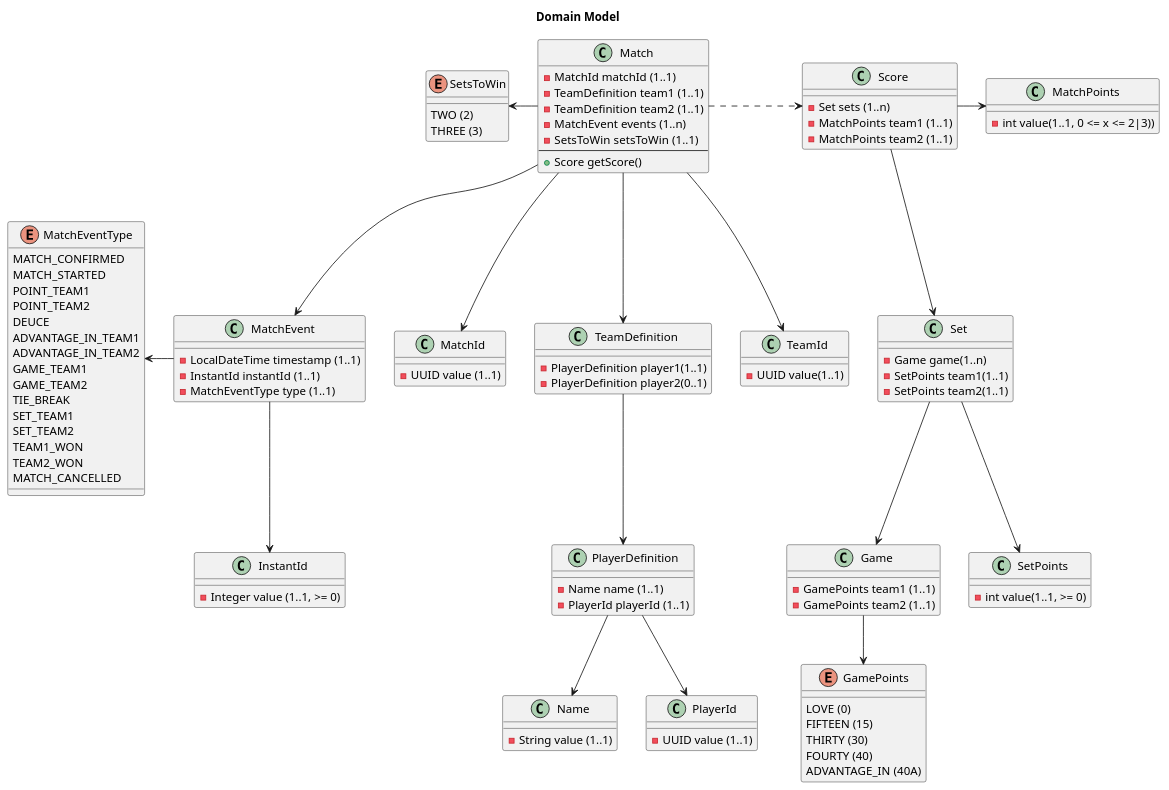
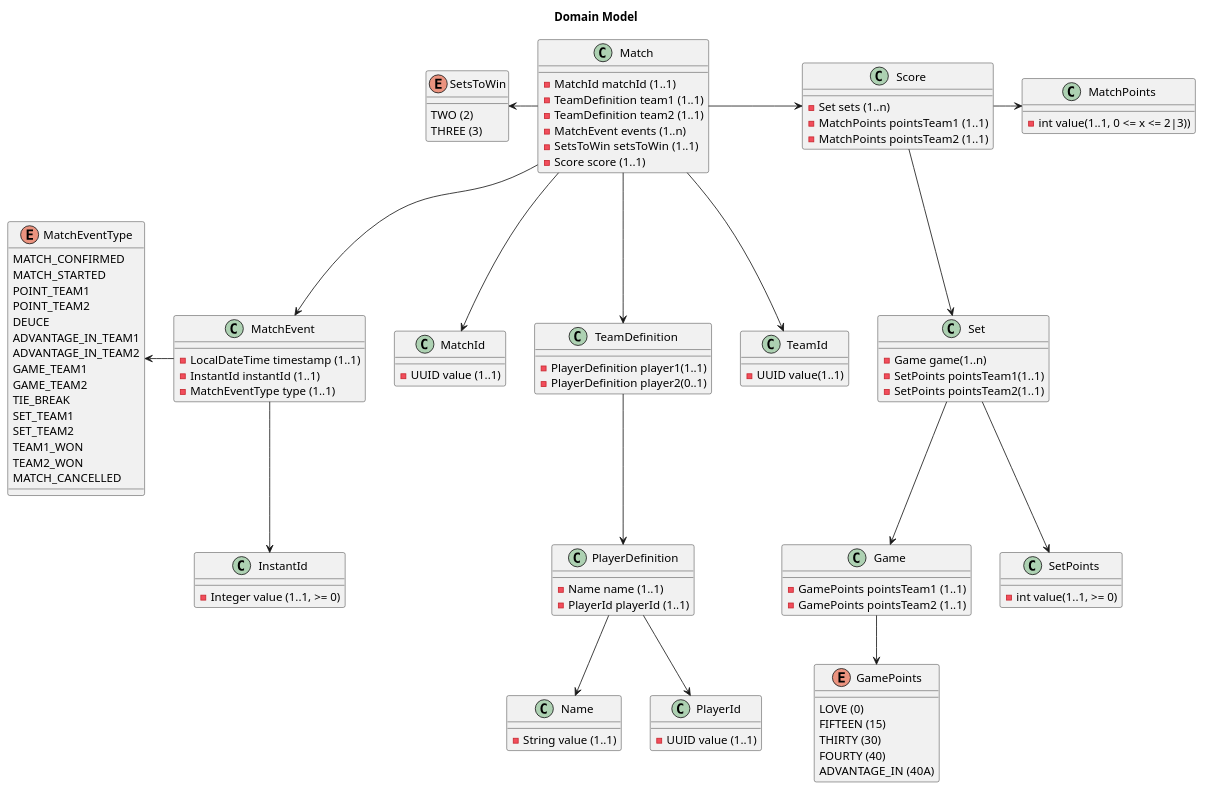
Before and after one commit to TristanoSuriani/Tennis-Kata: the diagram in docs/model.puml, drawn with PlantUML. The commit also changed 11 other files, not shown here.

```diff
--- a/docs/model.puml
+++ b/docs/model.puml
@@ -1,125 +1,124 @@
 @startuml
 
 title Domain Model
 
 class Match {
   -MatchId matchId (1..1)
   -TeamDefinition team1 (1..1)
   -TeamDefinition team2 (1..1)
   -MatchEvent events (1..n)
   -SetsToWin setsToWin (1..1)
-  --
-  +Score getScore()
+  -Score score (1..1)
 }
 
 class MatchId {
     -UUID value (1..1)
 }
 
 enum SetsToWin {
     TWO (2)
     THREE (3)
 }
 
 class MatchEvent {
     -LocalDateTime timestamp (1..1)
     -InstantId instantId (1..1)
     -MatchEventType type (1..1)
 }
 
 enum MatchEventType {
     MATCH_CONFIRMED
     MATCH_STARTED
     POINT_TEAM1
     POINT_TEAM2
     DEUCE
     ADVANTAGE_IN_TEAM1
     ADVANTAGE_IN_TEAM2
     GAME_TEAM1
     GAME_TEAM2
     TIE_BREAK
     SET_TEAM1
     SET_TEAM2
     TEAM1_WON
     TEAM2_WON
     MATCH_CANCELLED
 }
 
 class Score {
     -Set sets (1..n)
-    -MatchPoints team1 (1..1)
-    -MatchPoints team2 (1..1)
+    -MatchPoints pointsTeam1 (1..1)
+    -MatchPoints pointsTeam2 (1..1)
 }
 
 class MatchPoints {
     -int value(1..1, 0 <= x <= 2|3))
 }
 
 class Game {
-    -GamePoints team1 (1..1)
-    -GamePoints team2 (1..1)
+    -GamePoints pointsTeam1 (1..1)
+    -GamePoints pointsTeam2 (1..1)
 }
 
 enum GamePoints {
     LOVE (0)
     FIFTEEN (15)
     THIRTY (30)
     FOURTY (40)
     ADVANTAGE_IN (40A)
 }
 
 class Set {
     -Game game(1..n)
-    -SetPoints team1(1..1)
-    -SetPoints team2(1..1)
+    -SetPoints pointsTeam1(1..1)
+    -SetPoints pointsTeam2(1..1)
 }
 
 class SetPoints {
     -int value(1..1, >= 0)
 }
 
 class PlayerDefinition {
     -Name name (1..1)
     -PlayerId playerId (1..1)
 }
 
 class TeamDefinition {
     -PlayerDefinition player1(1..1)
     -PlayerDefinition player2(0..1)
 }
 
 class Name {
     -String value (1..1)
 }
 
 class TeamId {
     -UUID value(1..1)
 }
 
 class PlayerId {
     -UUID value (1..1)
 }
 
 class InstantId {
     -Integer value (1..1, >= 0)
 }
 
 Match -down-> MatchId
 Match -down-> MatchEvent
 Match -left-> SetsToWin
 MatchEvent -left-> MatchEventType
 MatchEvent -down-> InstantId
 
-Match .right-> Score
+Match -right-> Score
 Score -down-> Set
 Score -right-> MatchPoints
 Set -down-> Game
 Set -down-> SetPoints
 Game -down-> GamePoints
 
 Match -down-> TeamDefinition
 Match -down-> TeamId
 TeamDefinition -down-> PlayerDefinition
 PlayerDefinition -down-> Name
 PlayerDefinition -down-> PlayerId
 @enduml
```
